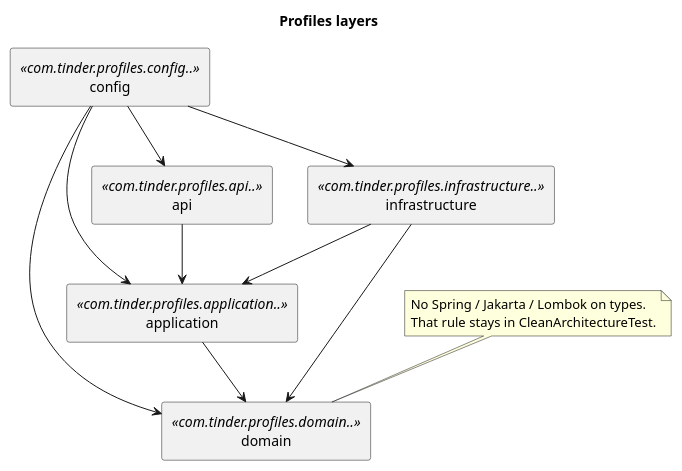
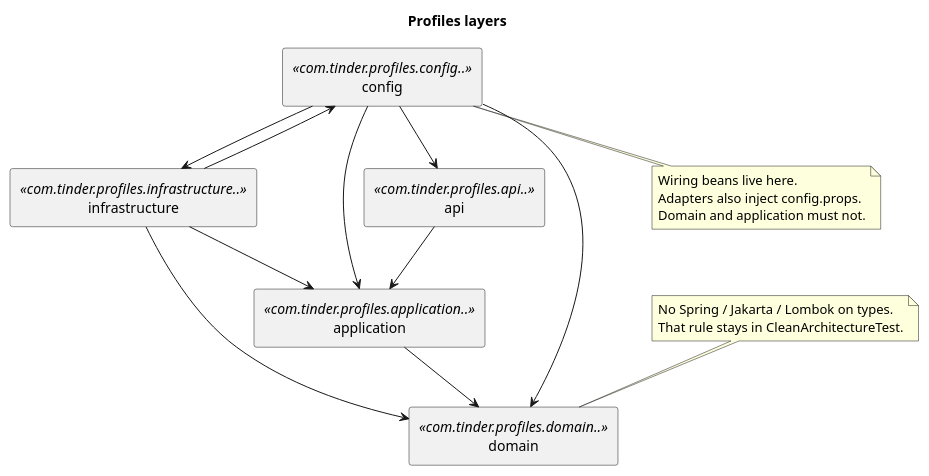
The diagram in docs/architecture/profiles-layers.puml (Misyk8925/tinder-clone), drawn with PlantUML before and after one commit.

Commit message:
Allow Profiles adapters to depend on config.props in the layer diagram.
CleanArchitectureTest already permits that; the PlantUML arrows had only
config → infrastructure, so ArchUnit failed on injected Properties records.

```diff
--- a/docs/architecture/profiles-layers.puml
+++ b/docs/architecture/profiles-layers.puml
@@ -1,29 +1,36 @@
 @startuml profiles-layers
 ' Law for package arrows inside Profiles.
 ' ArchUnit: PlantUmlArchitectureTest loads this file.
 ' Stereotype = package identifier ArchUnit matches.
 
 title Profiles layers
 skinparam componentStyle rectangle
 
 [domain] <<com.tinder.profiles.domain..>>
 [application] <<com.tinder.profiles.application..>>
 [api] <<com.tinder.profiles.api..>>
 [infrastructure] <<com.tinder.profiles.infrastructure..>>
 [config] <<com.tinder.profiles.config..>>
 
 application --> domain
 api --> application
 infrastructure --> application
 infrastructure --> domain
+infrastructure --> config
 config --> api
 config --> application
 config --> infrastructure
 config --> domain
+
+note bottom of config
+  Wiring beans live here.
+  Adapters also inject config.props.
+  Domain and application must not.
+end note
 
 note top of domain
   No Spring / Jakarta / Lombok on types.
   That rule stays in CleanArchitectureTest.
 end note
 
 @enduml
```
